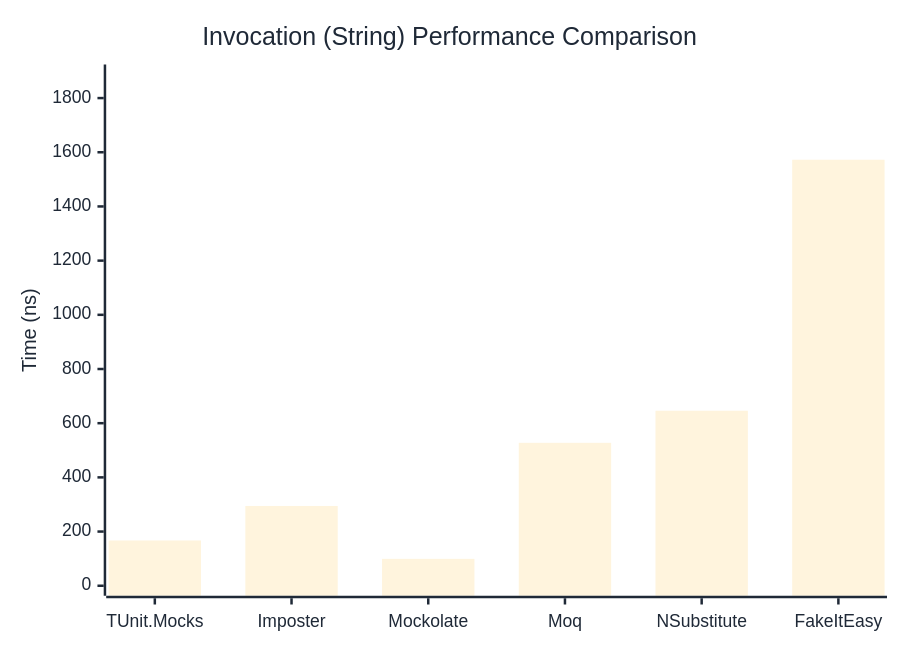
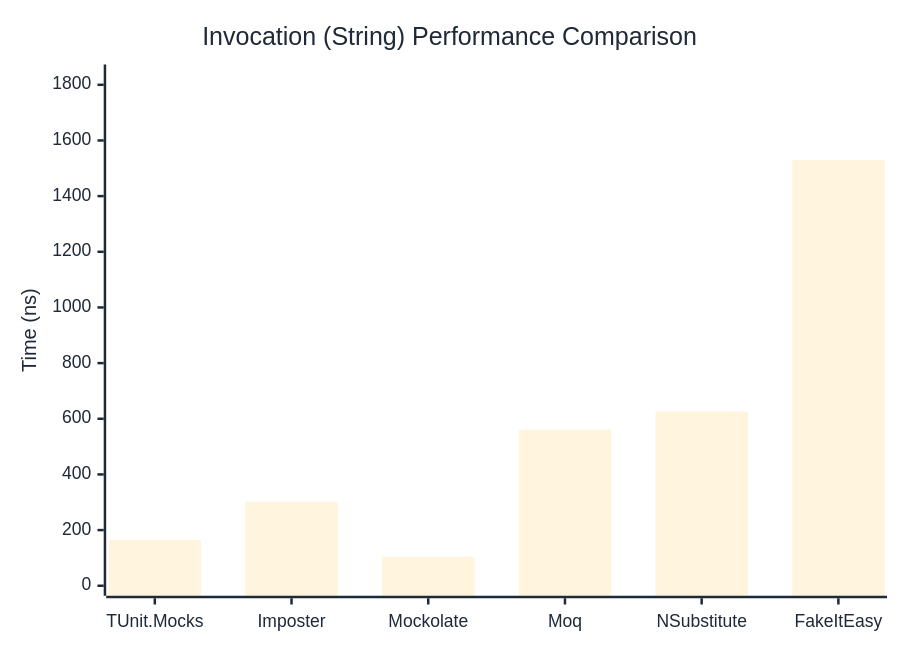
The second of 3 diagrams in docs/docs/benchmarks/mocks/Invocation.md (thomhurst/TUnit), drawn with Mermaid before and after one commit. The commit also changed other lines of this file and 14 other files, not shown here.

````diff
--- a/docs/docs/benchmarks/mocks/Invocation.md
+++ b/docs/docs/benchmarks/mocks/Invocation.md
@@ -71,27 +71,27 @@
 ```mermaid
 %%{init: {
   'theme':'base',
   'themeVariables': {
     'primaryColor': '#2563eb',
     'primaryTextColor': '#1f2937',
     'primaryBorderColor': '#1e40af',
     'lineColor': '#6b7280',
     'secondaryColor': '#7c3aed',
     'tertiaryColor': '#dc2626',
     'background': '#ffffff',
     'pie1': '#2563eb',
     'pie2': '#7c3aed',
     'pie3': '#dc2626',
     'pie4': '#f59e0b',
     'pie5': '#10b981',
     'pie6': '#06b6d4',
     'pie7': '#ec4899',
     'pie8': '#6366f1'
   }
 }}%%
 xychart-beta
   title "Invocation (String) Performance Comparison"
   x-axis ["TUnit.Mocks", "Imposter", "Mockolate", "Moq", "NSubstitute", "FakeItEasy"]
-  y-axis "Time (ns)" 0 --> 1887
-  bar [167.06, 294.46, 99.29, 527.6, 645.97, 1572.37]
+  y-axis "Time (ns)" 0 --> 1837
+  bar [164.9, 301.8, 104.5, 560.3, 626, 1530.1]
 ```
````
